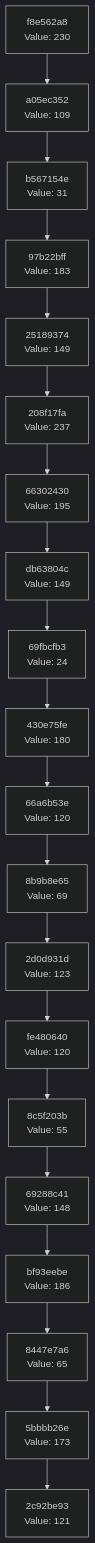
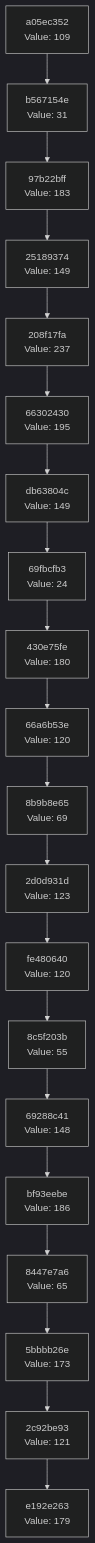
One commit to Abhisheksinha1506/hash-chain-evolver changed the diagram in docs/CHAIN_VISUALIZATION.md. Above: the diagram before and after it, drawn with Mermaid (dark theme). The commit also changed 2 other files, not shown here.

Commit message:
Evolution step: hash 0xB3 → action executed

````diff
--- a/docs/CHAIN_VISUALIZATION.md
+++ b/docs/CHAIN_VISUALIZATION.md
@@ -3,42 +3,42 @@
 ```mermaid
 graph TD
-    C0["2c92be93<br/>Value: 121"]
-    C1["5bbbb26e<br/>Value: 173"]
+    C0["e192e263<br/>Value: 179"]
+    C1["2c92be93<br/>Value: 121"]
     C1 --> C0
-    C2["8447e7a6<br/>Value: 65"]
+    C2["5bbbb26e<br/>Value: 173"]
     C2 --> C1
-    C3["bf93eebe<br/>Value: 186"]
+    C3["8447e7a6<br/>Value: 65"]
     C3 --> C2
-    C4["69288c41<br/>Value: 148"]
+    C4["bf93eebe<br/>Value: 186"]
     C4 --> C3
-    C5["8c5f203b<br/>Value: 55"]
+    C5["69288c41<br/>Value: 148"]
     C5 --> C4
-    C6["fe480640<br/>Value: 120"]
+    C6["8c5f203b<br/>Value: 55"]
     C6 --> C5
-    C7["2d0d931d<br/>Value: 123"]
+    C7["fe480640<br/>Value: 120"]
     C7 --> C6
-    C8["8b9b8e65<br/>Value: 69"]
+    C8["2d0d931d<br/>Value: 123"]
     C8 --> C7
-    C9["66a6b53e<br/>Value: 120"]
+    C9["8b9b8e65<br/>Value: 69"]
     C9 --> C8
-    C10["430e75fe<br/>Value: 180"]
+    C10["66a6b53e<br/>Value: 120"]
     C10 --> C9
-    C11["69fbcfb3<br/>Value: 24"]
+    C11["430e75fe<br/>Value: 180"]
     C11 --> C10
-    C12["db63804c<br/>Value: 149"]
+    C12["69fbcfb3<br/>Value: 24"]
     C12 --> C11
-    C13["66302430<br/>Value: 195"]
+    C13["db63804c<br/>Value: 149"]
     C13 --> C12
-    C14["208f17fa<br/>Value: 237"]
+    C14["66302430<br/>Value: 195"]
     C14 --> C13
-    C15["25189374<br/>Value: 149"]
+    C15["208f17fa<br/>Value: 237"]
     C15 --> C14
-    C16["97b22bff<br/>Value: 183"]
+    C16["25189374<br/>Value: 149"]
     C16 --> C15
-    C17["b567154e<br/>Value: 31"]
+    C17["97b22bff<br/>Value: 183"]
     C17 --> C16
-    C18["a05ec352<br/>Value: 109"]
+    C18["b567154e<br/>Value: 31"]
     C18 --> C17
-    C19["f8e562a8<br/>Value: 230"]
+    C19["a05ec352<br/>Value: 109"]
     C19 --> C18
 ```
````
